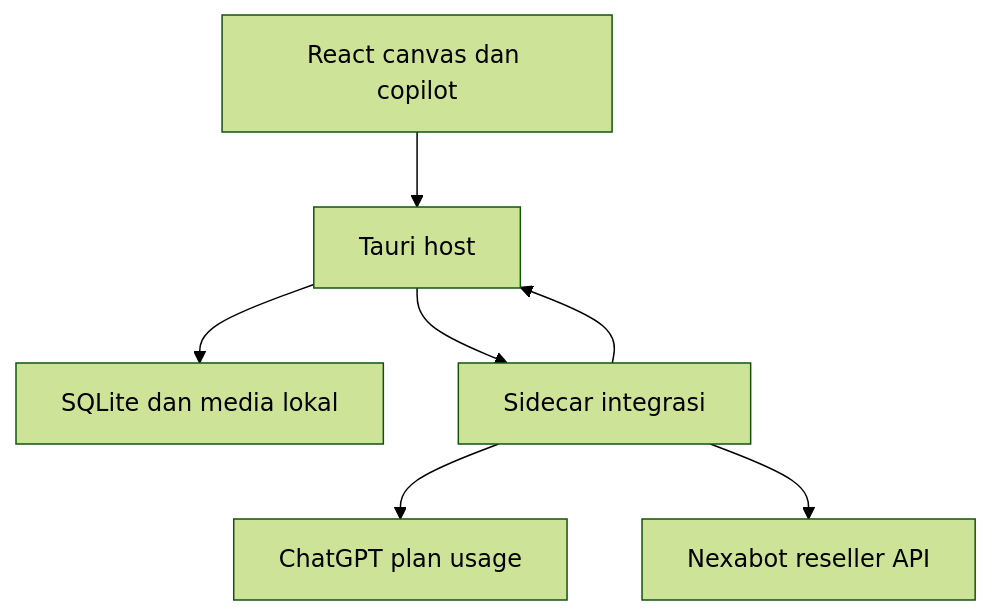
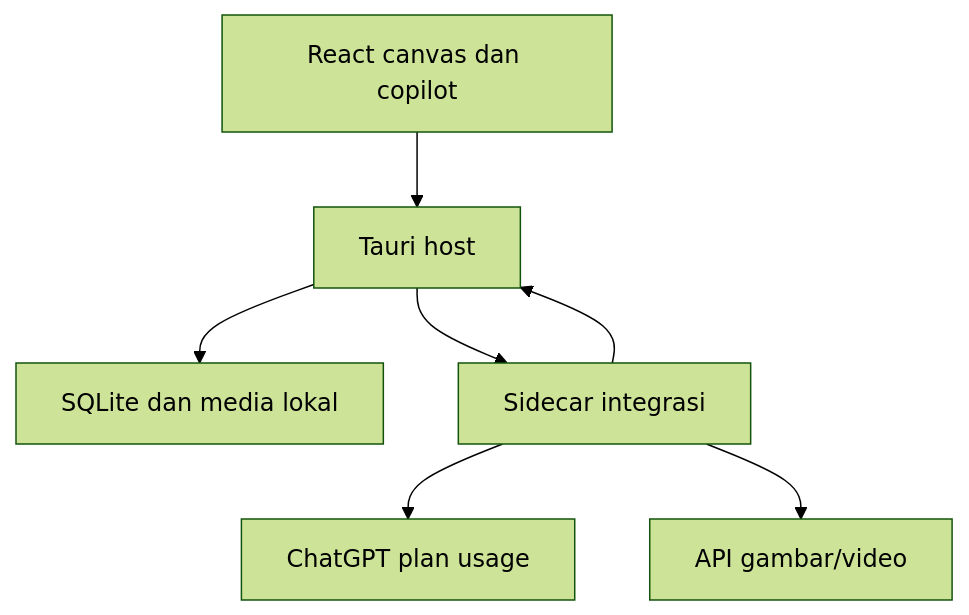
The diagram in architecture.md (ferdilpu-sudo/Aluraya), drawn with Mermaid (forest theme) before and after one commit. The commit also changed other lines of this file and 74 other files, not shown here.

Commit message:
Restore unified production canvas and replace Nexabot with configurable API schema

````diff
--- a/architecture.md
+++ b/architecture.md
@@ -9,9 +14,9 @@
 ```mermaid
 flowchart TD
   UI["React canvas dan copilot"] --> H["Tauri host"]
   H --> DB["SQLite dan media lokal"]
   H --> W["Sidecar integrasi"]
   W --> GPT["ChatGPT plan usage"]
-  W --> N["Nexabot reseller API"]
+  W --> N["API gambar/video"]
   W --> H
 ```
````
